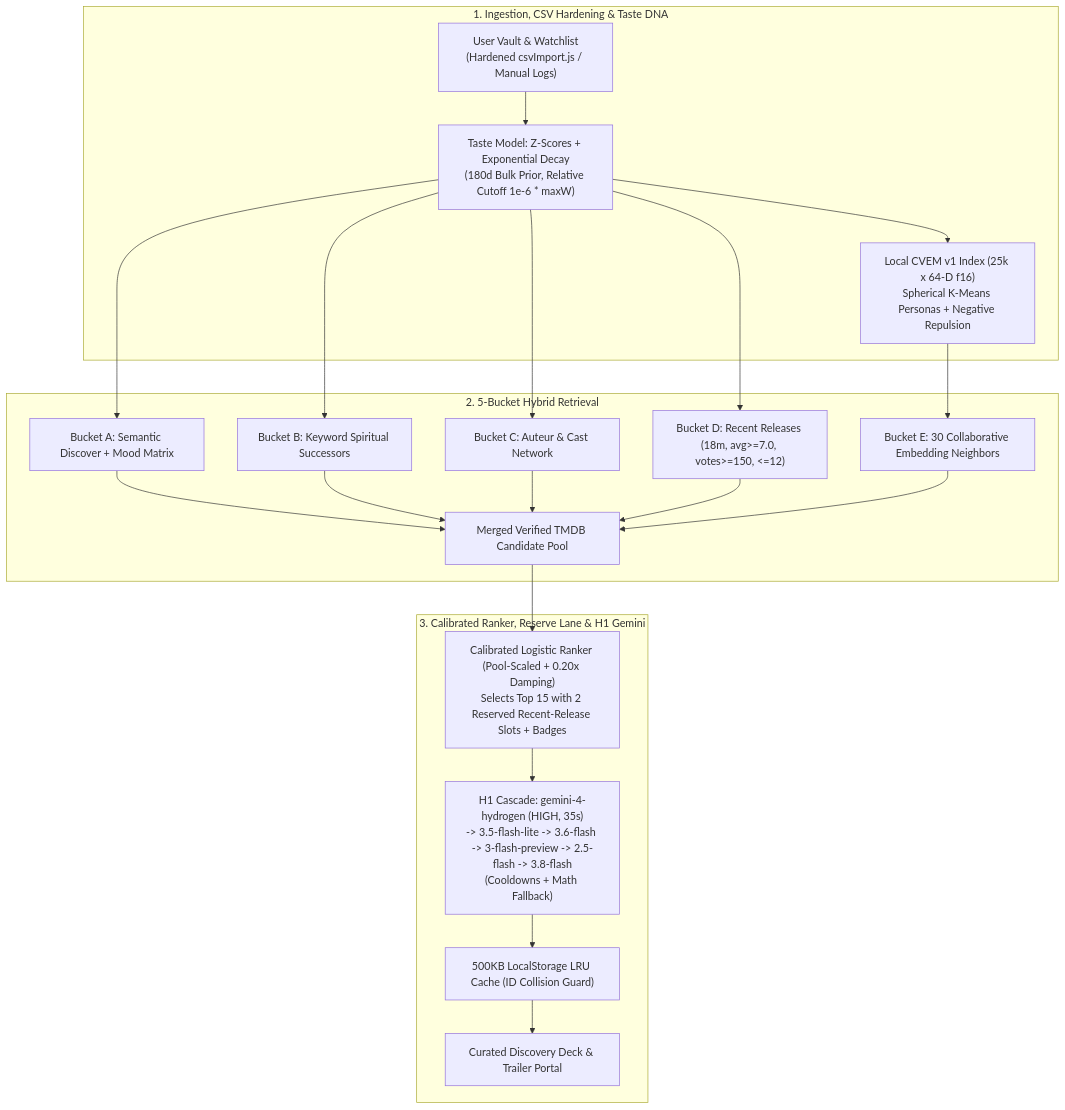
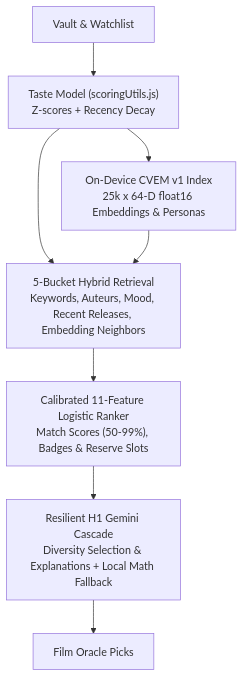
One commit to khuzaima175/React-Movie-Original changed the diagram in README.md. Above: the diagram before and after it, drawn with Mermaid. The commit also changed other lines of this file and 3 other files, not shown here.

````diff
--- a/README.md
+++ b/README.md
@@ -53,23 +46,9 @@
 ```mermaid
 flowchart TD
-    subgraph Ingestion ["1. Ingestion, CSV Hardening & Taste DNA"]
-        V["User Vault & Watchlist\n(Hardened csvImport.js / Manual Logs)"] --> TM["Taste Model: Z-Scores + Exponential Decay\n(180d Bulk Prior, Relative Cutoff 1e-6 * maxW)"]
-        TM --> EMB["Local CVEM v1 Index (25k x 64-D f16)\nSpherical K-Means Personas + Negative Repulsion"]
-    end
-
-    subgraph Harvesting ["2. 5-Bucket Hybrid Retrieval"]
-        TM --> B2["Bucket B: Keyword Spiritual Successors"]
-        TM --> B3["Bucket C: Auteur & Cast Network"]
-        TM --> B1["Bucket A: Semantic Discover + Mood Matrix"]
-        TM --> B4["Bucket D: Recent Releases (18m, avg>=7.0, votes>=150, <=12)"]
-        EMB --> B5["Bucket E: 30 Collaborative Embedding Neighbors"]
-        B1 & B2 & B3 & B4 & B5 --> CP["Merged Verified TMDB Candidate Pool"]
-    end
-
-    subgraph ReRanking ["3. Calibrated Ranker, Reserve Lane & H1 Gemini"]
-        CP --> RNK["Calibrated Logistic Ranker (Pool-Scaled + 0.20x Damping)\nSelects Top 15 with 2 Reserved Recent-Release Slots + Badges"]
-        RNK --> GEM["H1 Cascade: gemini-4-hydrogen (HIGH, 35s)\n-> 3.5-flash-lite -> 3.6-flash -> 3-flash-preview -> 2.5-flash -> 3.8-flash\n(Cooldowns + Math Fallback)"]
-        GEM --> CACHE["500KB LocalStorage LRU Cache (ID Collision Guard)"]
-        CACHE --> UI["Curated Discovery Deck & Trailer Portal"]
-    end
+    V["Vault & Watchlist"] --> T["Taste Model (scoringUtils.js)\nZ-scores + Recency Decay"]
+    T --> E["On-Device CVEM v1 Index\n25k x 64-D float16 Embeddings & Personas"]
+    T & E --> R["5-Bucket Hybrid Retrieval\nKeywords, Auteurs, Mood, Recent Releases, Embedding Neighbors"]
+    R --> RNK["Calibrated 11-Feature Logistic Ranker\nMatch Scores (50-99%), Badges & Reserve Slots"]
+    RNK --> GEM["Resilient H1 Gemini Cascade\nDiversity Selection & Explanations + Local Math Fallback"]
+    GEM --> UI["Film Oracle Picks"]
 ```
````
